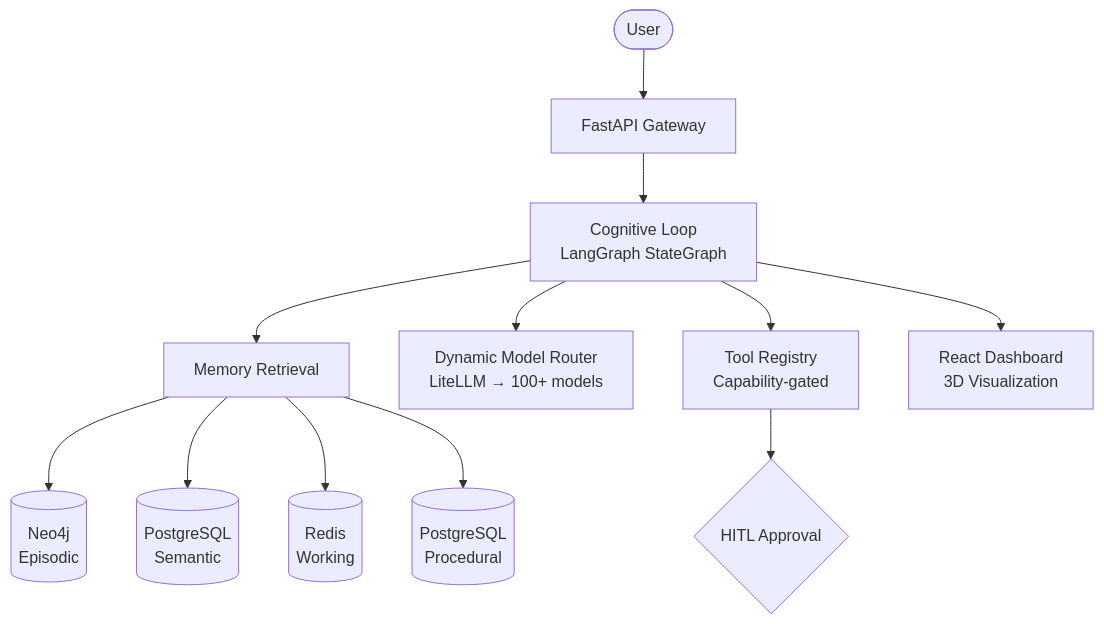
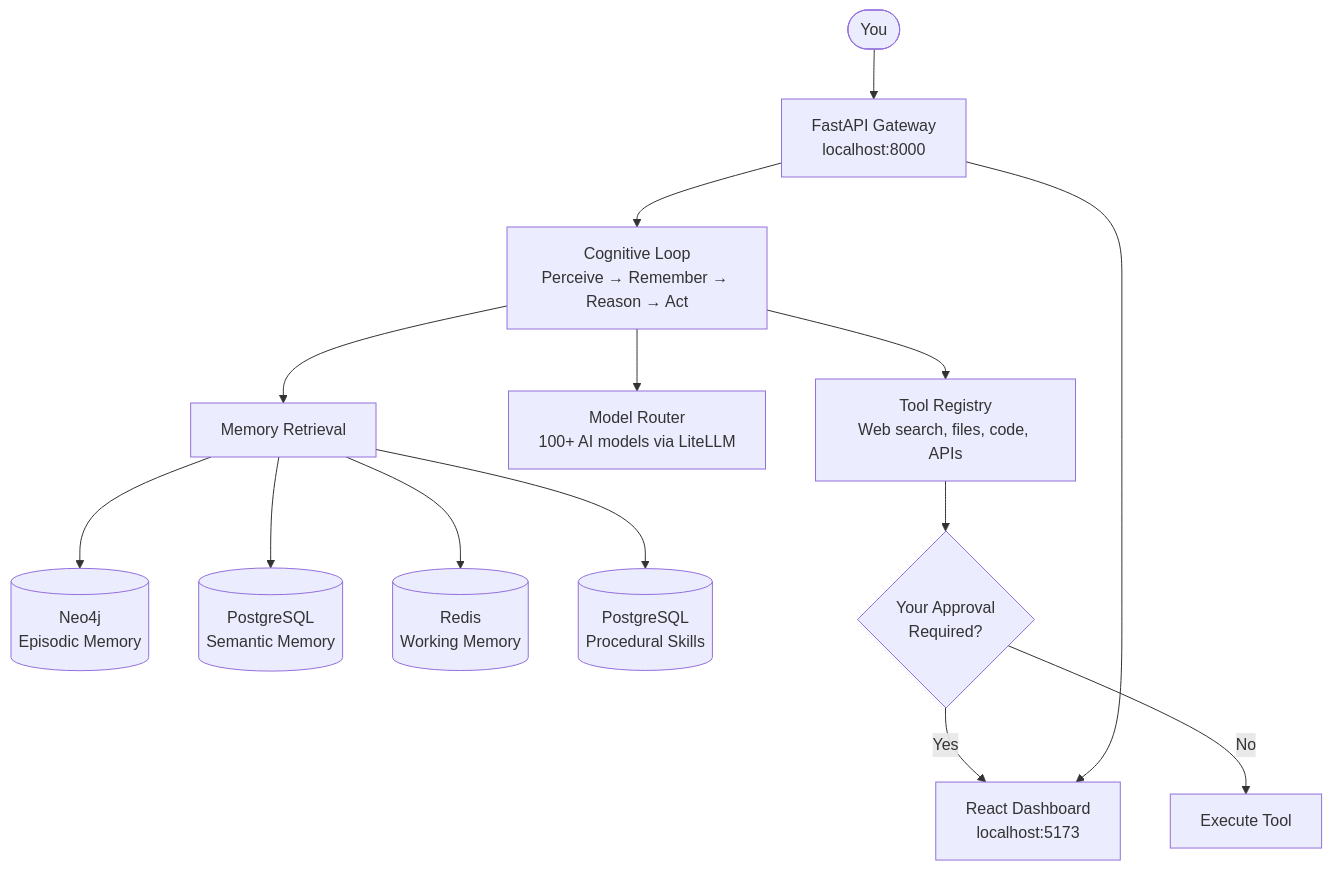
Before and after one commit to Senpai-Sama7/SuperNova: the diagram in README.md, drawn with Mermaid. The commit also changed other lines of this file, not shown here.

First line of the commit message:
docs: rewrite README as comprehensive non-technical user guide

````diff
--- a/README.md
+++ b/README.md
@@ -87,17 +354,19 @@
 ```mermaid
 graph TB
-    User([User]) --> API[FastAPI Gateway]
-    API --> Loop[Cognitive Loop<br/>LangGraph StateGraph]
+    User([You]) --> API[FastAPI Gateway<br/>localhost:8000]
+    API --> Loop[Cognitive Loop<br/>Perceive → Remember → Reason → Act]
     
     Loop --> Memory[Memory Retrieval]
-    Memory --> E[(Neo4j<br/>Episodic)]
-    Memory --> S[(PostgreSQL<br/>Semantic)]
-    Memory --> W[(Redis<br/>Working)]
-    Memory --> P[(PostgreSQL<br/>Procedural)]
+    Memory --> E[(Neo4j<br/>Episodic Memory)]
+    Memory --> S[(PostgreSQL<br/>Semantic Memory)]
+    Memory --> W[(Redis<br/>Working Memory)]
+    Memory --> P[(PostgreSQL<br/>Procedural Skills)]
     
-    Loop --> Router[Dynamic Model Router<br/>LiteLLM → 100+ models]
-    Loop --> Tools[Tool Registry<br/>Capability-gated]
-    Tools --> HITL{HITL Approval}
+    Loop --> Router[Model Router<br/>100+ AI models via LiteLLM]
+    Loop --> Tools[Tool Registry<br/>Web search, files, code, APIs]
+    Tools --> HITL{Your Approval<br/>Required?}
+    HITL -->|Yes| Dashboard
+    HITL -->|No| Execute[Execute Tool]
     
-    Loop --> Dashboard[React Dashboard<br/>3D Visualization]
+    API --> Dashboard[React Dashboard<br/>localhost:5173]
 ```
````
